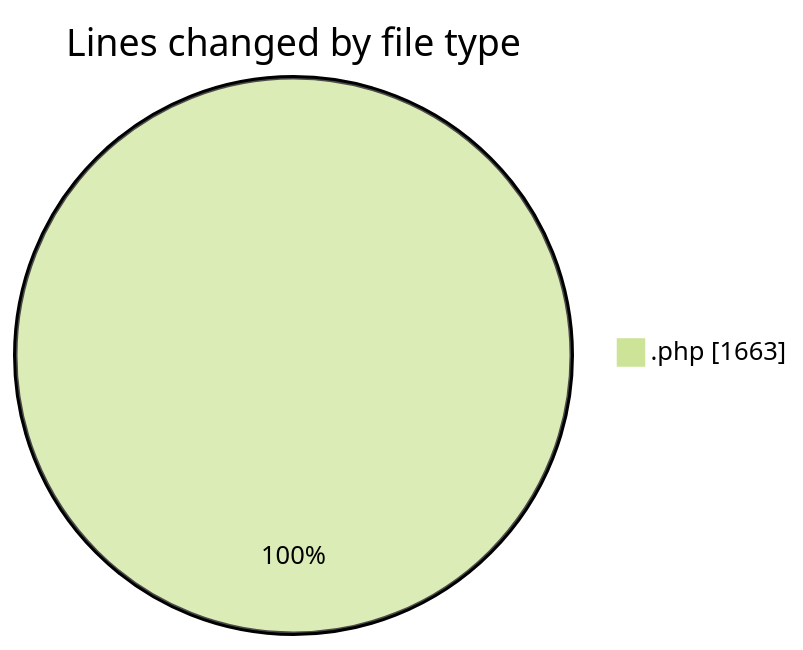
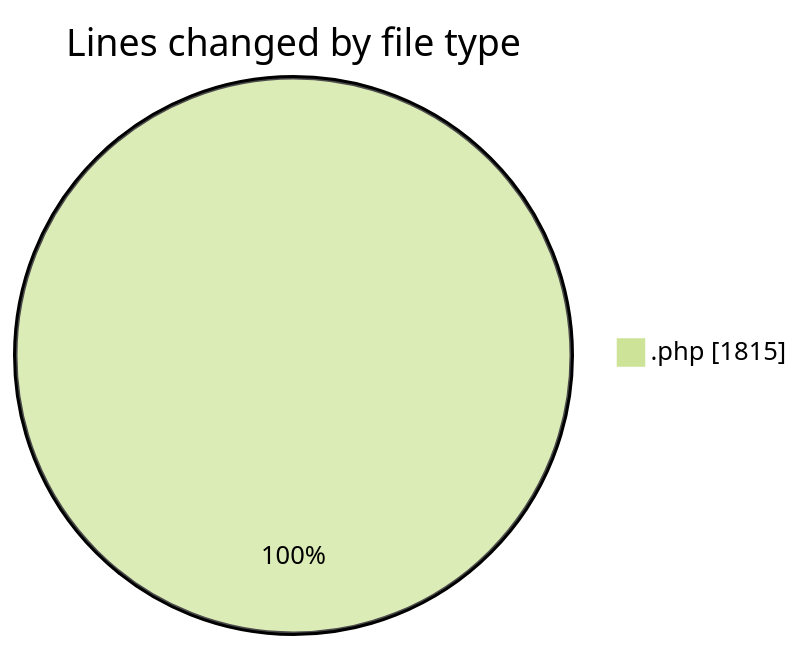
One commit to debugP/code-tracking changed the first of 2 diagrams in 2026-01-13/plugins__workspace_/README.md. Above: the diagram before and after it, drawn with Mermaid (forest theme). The commit also changed other lines of this file and 1 other file, not shown here.

````diff
--- a/2026-01-13/plugins__workspace_/README.md
+++ b/2026-01-13/plugins__workspace_/README.md
@@ -20,5 +20,5 @@
 ```mermaid
 pie showData
 title Lines changed by file type
-".php" : 1663
+".php" : 1815
 ```
````
